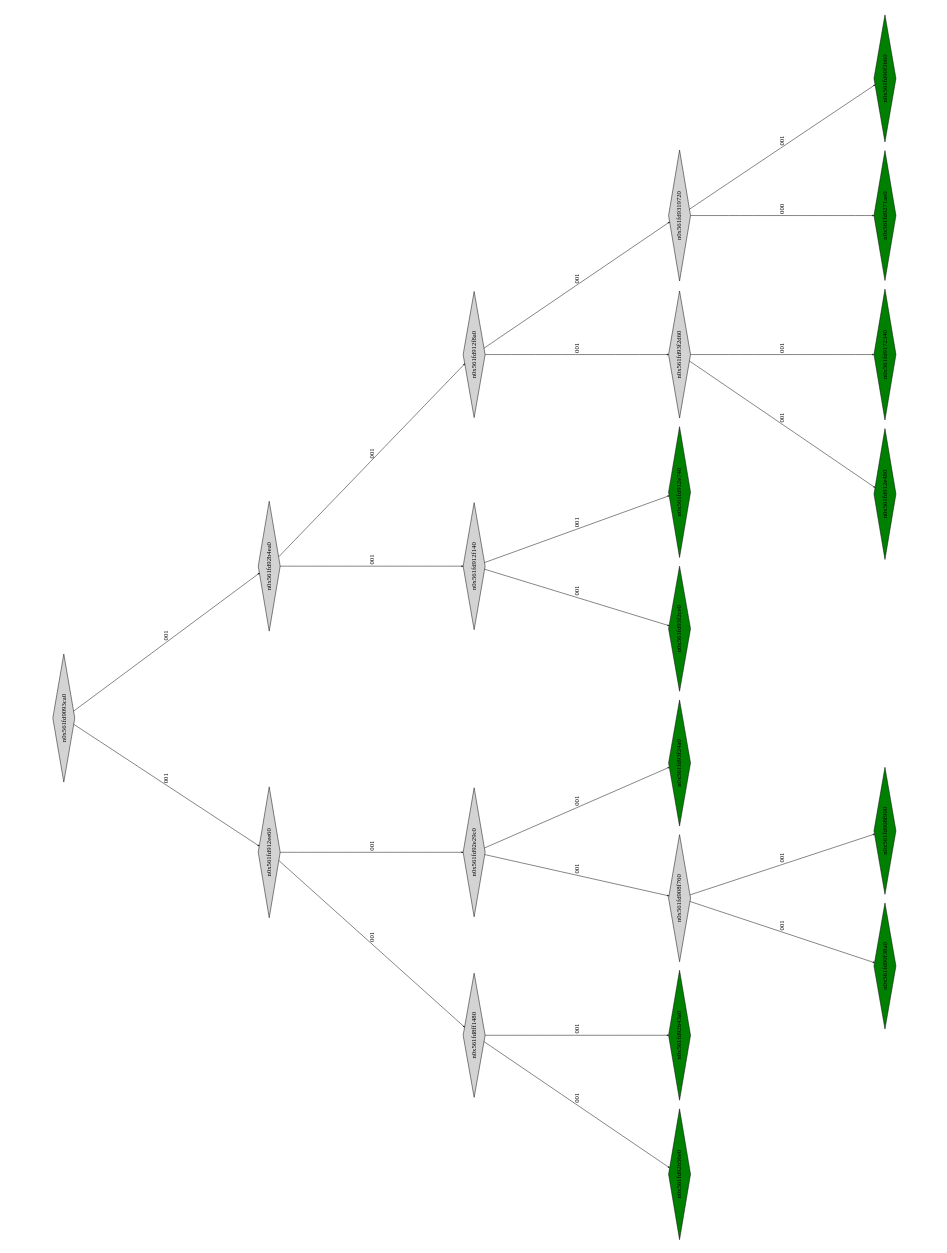
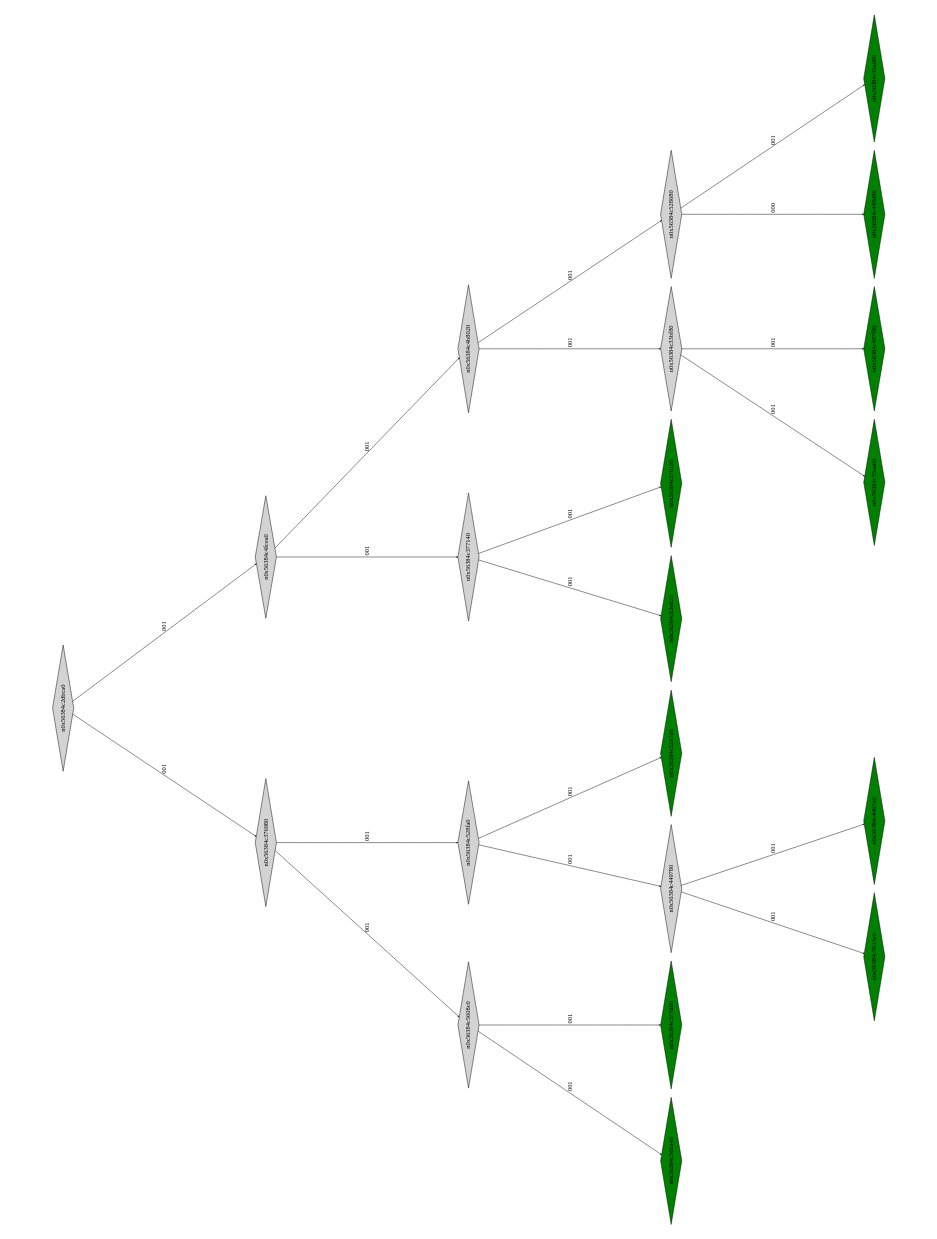
The diagram in montyhall_klee_out/ptree_00001113.dot (Research-Tools-PAVT/PSE-Program-Examples), drawn with Graphviz before and after one commit. The commit also changed 101 other files, not shown here.

```diff
--- a/montyhall_klee_out/ptree_00001113.dot
+++ b/montyhall_klee_out/ptree_00001113.dot
@@ -1,49 +1,49 @@
 digraph G {
 	size="10,7.5";
 	ratio=fill;
 	rotate=90;
 	center = "true";
 	node [style="filled",width=.1,height=.1,fontname="Terminus"]
 	edge [arrowsize=.3]
-	n0x561fd9093ca0 [shape=diamond];
-	n0x561fd9093ca0 -> n0x561fd912ee60 [label=001];
-	n0x561fd9093ca0 -> n0x561fd92b4ea0 [label=001];
-	n0x561fd92b4ea0 [shape=diamond];
-	n0x561fd92b4ea0 -> n0x561fd912f140 [label=001];
-	n0x561fd92b4ea0 -> n0x561fd912f8a0 [label=001];
-	n0x561fd912f8a0 [shape=diamond];
-	n0x561fd912f8a0 -> n0x561fd93f2d60 [label=001];
-	n0x561fd912f8a0 -> n0x561fd9319720 [label=001];
-	n0x561fd9319720 [shape=diamond];
-	n0x561fd9319720 -> n0x561fd9271ae0 [label=000];
-	n0x561fd9319720 -> n0x561fd90f3b60 [label=001];
-	n0x561fd90f3b60 [shape=diamond,fillcolor=green];
-	n0x561fd9271ae0 [shape=diamond,fillcolor=green];
-	n0x561fd93f2d60 [shape=diamond];
-	n0x561fd93f2d60 -> n0x561fd912e480 [label=001];
-	n0x561fd93f2d60 -> n0x561fd9172340 [label=001];
-	n0x561fd9172340 [shape=diamond,fillcolor=green];
-	n0x561fd912e480 [shape=diamond,fillcolor=green];
-	n0x561fd912f140 [shape=diamond];
-	n0x561fd912f140 -> n0x561fd93f2ce0 [label=001];
-	n0x561fd912f140 -> n0x561fd912e740 [label=001];
-	n0x561fd912e740 [shape=diamond,fillcolor=green];
-	n0x561fd93f2ce0 [shape=diamond,fillcolor=green];
-	n0x561fd912ee60 [shape=diamond];
-	n0x561fd912ee60 -> n0x561fd8ff1480 [label=001];
-	n0x561fd912ee60 -> n0x561fd92e29c0 [label=001];
-	n0x561fd92e29c0 [shape=diamond];
-	n0x561fd92e29c0 -> n0x561fd908f760 [label=001];
-	n0x561fd92e29c0 -> n0x561fd93f24a0 [label=001];
-	n0x561fd93f24a0 [shape=diamond,fillcolor=green];
-	n0x561fd908f760 [shape=diamond];
-	n0x561fd908f760 -> n0x561fd90f38a0 [label=001];
-	n0x561fd908f760 -> n0x561fd908f900 [label=001];
-	n0x561fd908f900 [shape=diamond,fillcolor=green];
-	n0x561fd90f38a0 [shape=diamond,fillcolor=green];
-	n0x561fd8ff1480 [shape=diamond];
-	n0x561fd8ff1480 -> n0x561fd92b56e0 [label=001];
-	n0x561fd8ff1480 -> n0x561fd92b43a0 [label=001];
-	n0x561fd92b43a0 [shape=diamond,fillcolor=green];
-	n0x561fd92b56e0 [shape=diamond,fillcolor=green];
+	n0x56384c2dbca0 [shape=diamond];
+	n0x56384c2dbca0 -> n0x56384c376980 [label=001];
+	n0x56384c2dbca0 -> n0x56384c4fcea0 [label=001];
+	n0x56384c4fcea0 [shape=diamond];
+	n0x56384c4fcea0 -> n0x56384c377140 [label=001];
+	n0x56384c4fcea0 -> n0x56384c4b8020 [label=001];
+	n0x56384c4b8020 [shape=diamond];
+	n0x56384c4b8020 -> n0x56384c33bf80 [label=001];
+	n0x56384c4b8020 -> n0x56384c528680 [label=001];
+	n0x56384c528680 [shape=diamond];
+	n0x56384c528680 -> n0x56384c449d80 [label=000];
+	n0x56384c528680 -> n0x56384c33ad80 [label=001];
+	n0x56384c33ad80 [shape=diamond,fillcolor=green];
+	n0x56384c449d80 [shape=diamond,fillcolor=green];
+	n0x56384c33bf80 [shape=diamond];
+	n0x56384c33bf80 -> n0x56384c33aa60 [label=001];
+	n0x56384c33bf80 -> n0x56384c407f80 [label=001];
+	n0x56384c407f80 [shape=diamond,fillcolor=green];
+	n0x56384c33aa60 [shape=diamond,fillcolor=green];
+	n0x56384c377140 [shape=diamond];
+	n0x56384c377140 -> n0x56384c63c620 [label=001];
+	n0x56384c377140 -> n0x56384c376160 [label=001];
+	n0x56384c376160 [shape=diamond,fillcolor=green];
+	n0x56384c63c620 [shape=diamond,fillcolor=green];
+	n0x56384c376980 [shape=diamond];
+	n0x56384c376980 -> n0x56384c5608c0 [label=001];
+	n0x56384c376980 -> n0x56384c528fa0 [label=001];
+	n0x56384c528fa0 [shape=diamond];
+	n0x56384c528fa0 -> n0x56384c449780 [label=001];
+	n0x56384c528fa0 -> n0x56384c5297c0 [label=001];
+	n0x56384c5297c0 [shape=diamond,fillcolor=green];
+	n0x56384c449780 [shape=diamond];
+	n0x56384c449780 -> n0x56384c5613e0 [label=001];
+	n0x56384c449780 -> n0x56384c4497a0 [label=001];
+	n0x56384c4497a0 [shape=diamond,fillcolor=green];
+	n0x56384c5613e0 [shape=diamond,fillcolor=green];
+	n0x56384c5608c0 [shape=diamond];
+	n0x56384c5608c0 -> n0x56384c561a40 [label=001];
+	n0x56384c5608c0 -> n0x56384c377d80 [label=001];
+	n0x56384c377d80 [shape=diamond,fillcolor=green];
+	n0x56384c561a40 [shape=diamond,fillcolor=green];
 }
```
